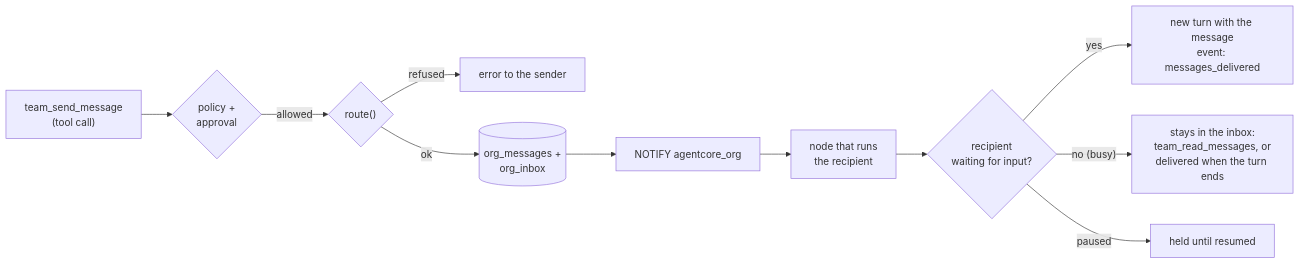
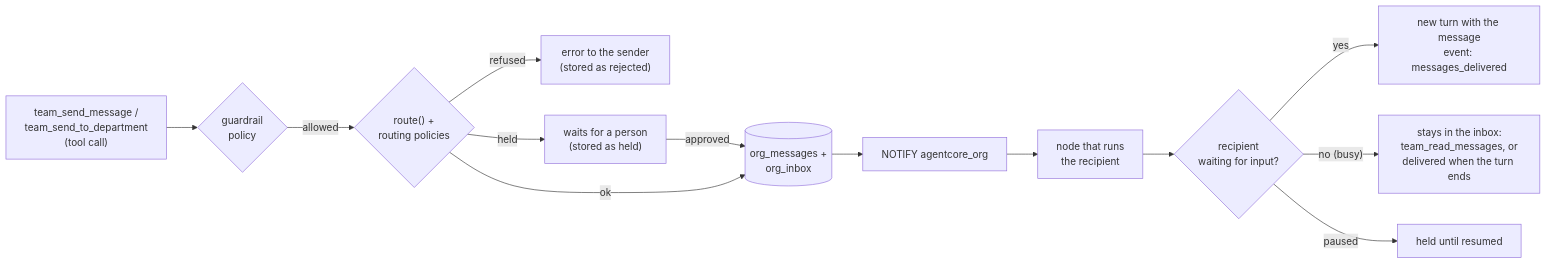
Before and after one commit to Jaelse/agentcore: the fifth of 10 diagrams in docs/MULTI_AGENT.md, drawn with Mermaid. The commit also changed other lines of this file and 48 other files, not shown here.

First line of the commit message:
Replace communicator agents with a message router and routing policies

````diff
--- a/docs/MULTI_AGENT.md
+++ b/docs/MULTI_AGENT.md
@@ -287,13 +327,15 @@
 ```mermaid
 flowchart LR
-    S["team_send_message<br/>(tool call)"] --> P{"policy +<br/>approval"}
-    P -- allowed --> RT{"route()"}
-    RT -- refused --> ERR["error to the sender"]
+    S["team_send_message /<br/>team_send_to_department<br/>(tool call)"] --> P{"guardrail<br/>policy"}
+    P -- allowed --> RT{"route() +<br/>routing policies"}
+    RT -- refused --> ERR["error to the sender<br/>(stored as rejected)"]
+    RT -- held --> HELD["waits for a person<br/>(stored as held)"]
+    HELD -- approved --> DB
     RT -- ok --> DB[("org_messages +<br/>org_inbox")]
     DB --> N["NOTIFY agentcore_org"]
     N --> NODE["node that runs<br/>the recipient"]
     NODE --> W{"recipient<br/>waiting for input?"}
     W -- yes --> WAKE["new turn with the message<br/>event: messages_delivered"]
     W -- "no (busy)" --> PULL["stays in the inbox:<br/>team_read_messages, or<br/>delivered when the turn ends"]
     W -- paused --> HOLD["held until resumed"]
 ```
````
